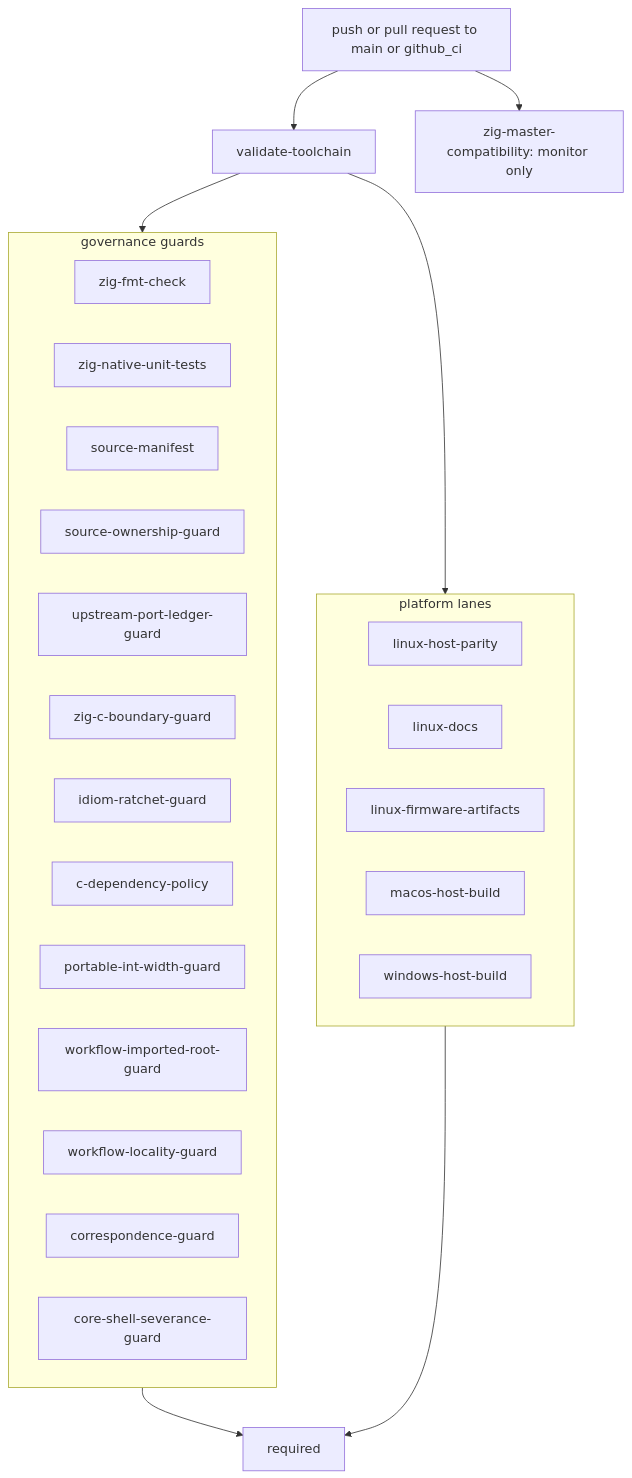
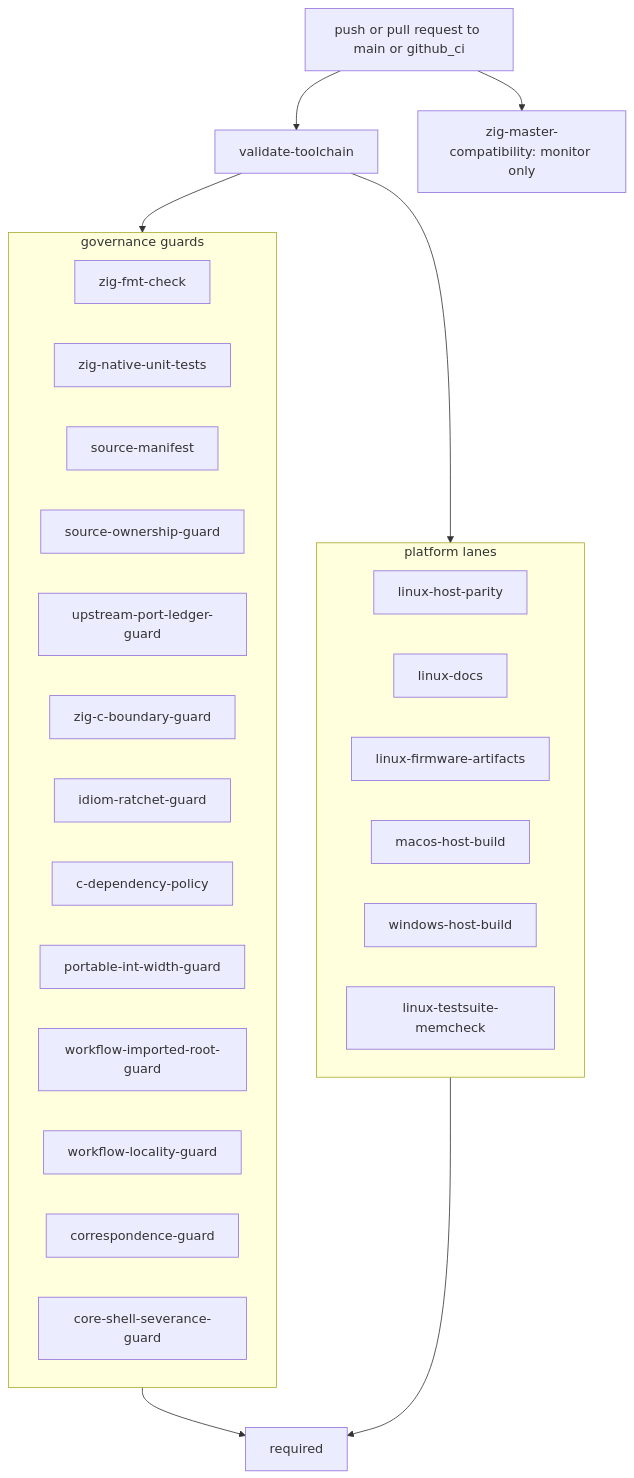
Before and after one commit to ppigazzini/z47: the diagram in docs/60-ci-and-release-workflow.md, drawn with Mermaid. The commit also changed other lines of this file and 7 other files, not shown here.

````diff
--- a/docs/60-ci-and-release-workflow.md
+++ b/docs/60-ci-and-release-workflow.md
@@ -38,34 +38,35 @@
 ```mermaid
 flowchart TD
   A[push or pull request to main or github_ci] --> B[validate-toolchain]
 
   subgraph guards[governance guards]
     C[zig-fmt-check]
     D[zig-native-unit-tests]
     F[source-manifest]
     G[source-ownership-guard]
     H[upstream-port-ledger-guard]
     I[zig-c-boundary-guard]
     J[idiom-ratchet-guard]
     K[c-dependency-policy]
     L[portable-int-width-guard]
     M[workflow-imported-root-guard]
     N[workflow-locality-guard]
     O[correspondence-guard]
     P2[core-shell-severance-guard]
   end
 
   subgraph lanes[platform lanes]
     P[linux-host-parity]
     Q[linux-docs]
     R[linux-firmware-artifacts]
     S[macos-host-build]
     T[windows-host-build]
+    U[linux-testsuite-memcheck]
   end
 
   A --> E[zig-master-compatibility: monitor only]
   B --> guards
   B --> lanes
   guards --> Z[required]
   lanes --> Z
 ```
````
